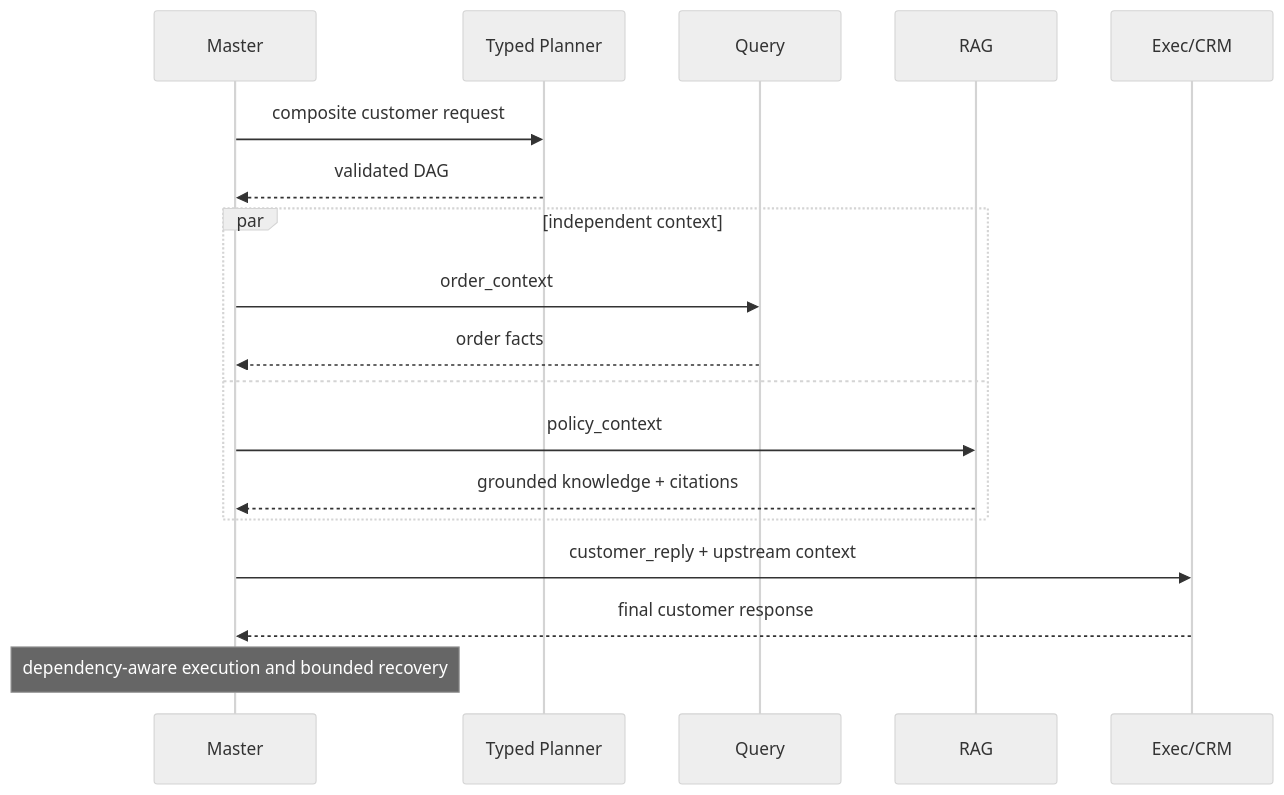
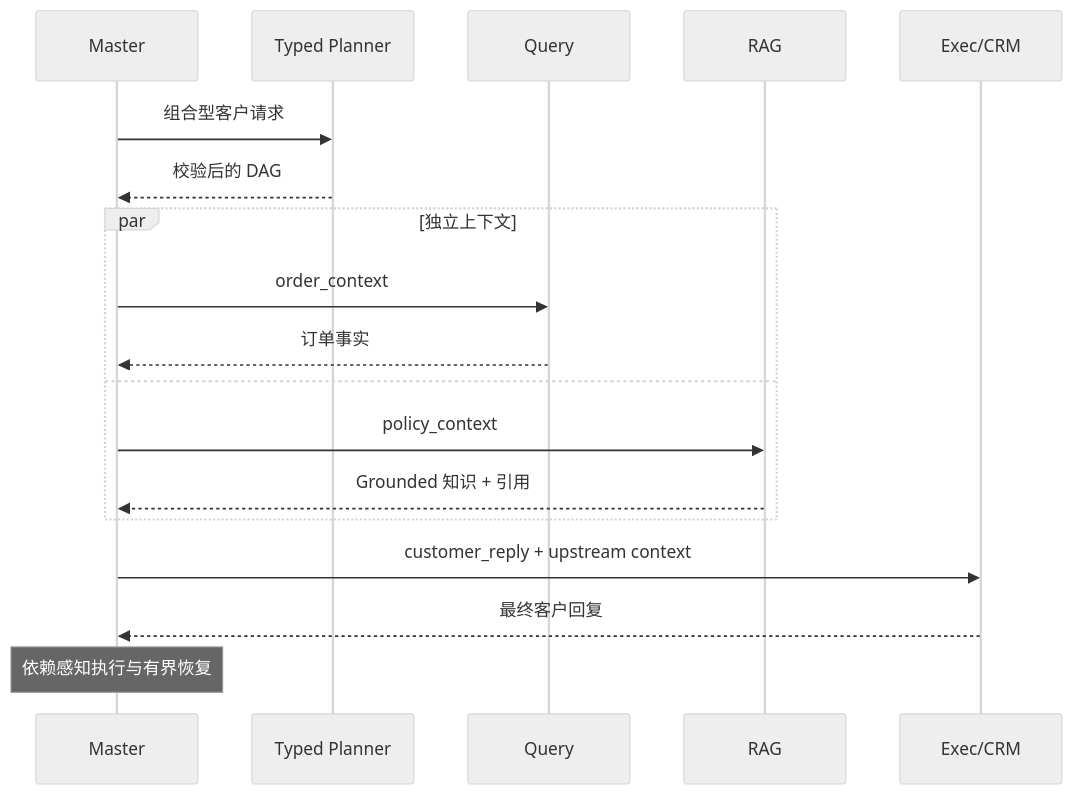
One commit to wz13814990585-sudo/EcomPilot changed the fourth of 5 diagrams in docs/architecture.md. Above: the diagram before and after it, drawn with Mermaid (neutral theme). The commit also changed other lines of this file and 10 other files, not shown here.

````diff
--- a/docs/architecture.md
+++ b/docs/architecture.md
@@ -103,20 +100,20 @@
 ```mermaid
 sequenceDiagram
     participant M as Master
     participant P as Typed Planner
     participant Q as Query
     participant R as RAG
     participant E as Exec/CRM
-    M->>P: composite customer request
-    P-->>M: validated DAG
-    par independent context
+    M->>P: 组合型客户请求
+    P-->>M: 校验后的 DAG
+    par 独立上下文
         M->>Q: order_context
-        Q-->>M: order facts
+        Q-->>M: 订单事实
     and
         M->>R: policy_context
-        R-->>M: grounded knowledge + citations
+        R-->>M: Grounded 知识 + 引用
     end
     M->>E: customer_reply + upstream context
-    E-->>M: final customer response
-    Note over M: dependency-aware execution and bounded recovery
+    E-->>M: 最终客户回复
+    Note over M: 依赖感知执行与有界恢复
 ```
````
